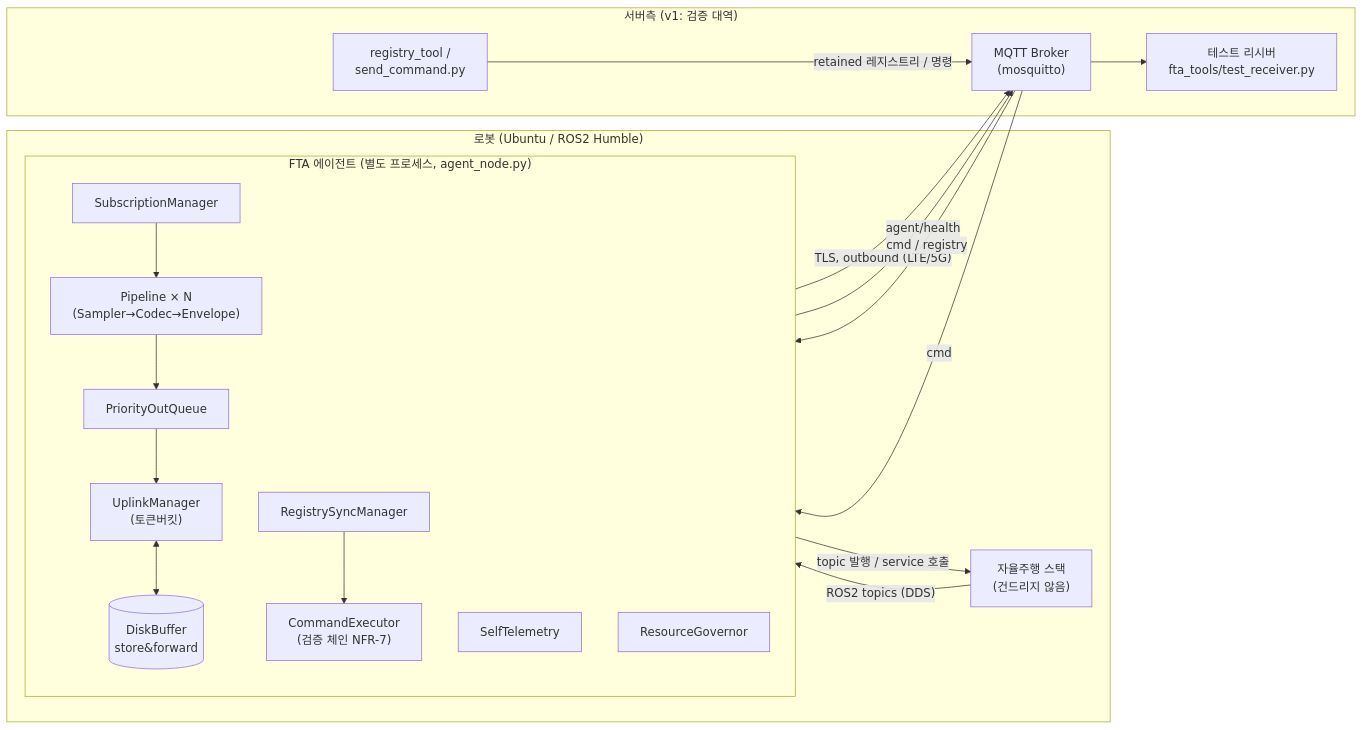
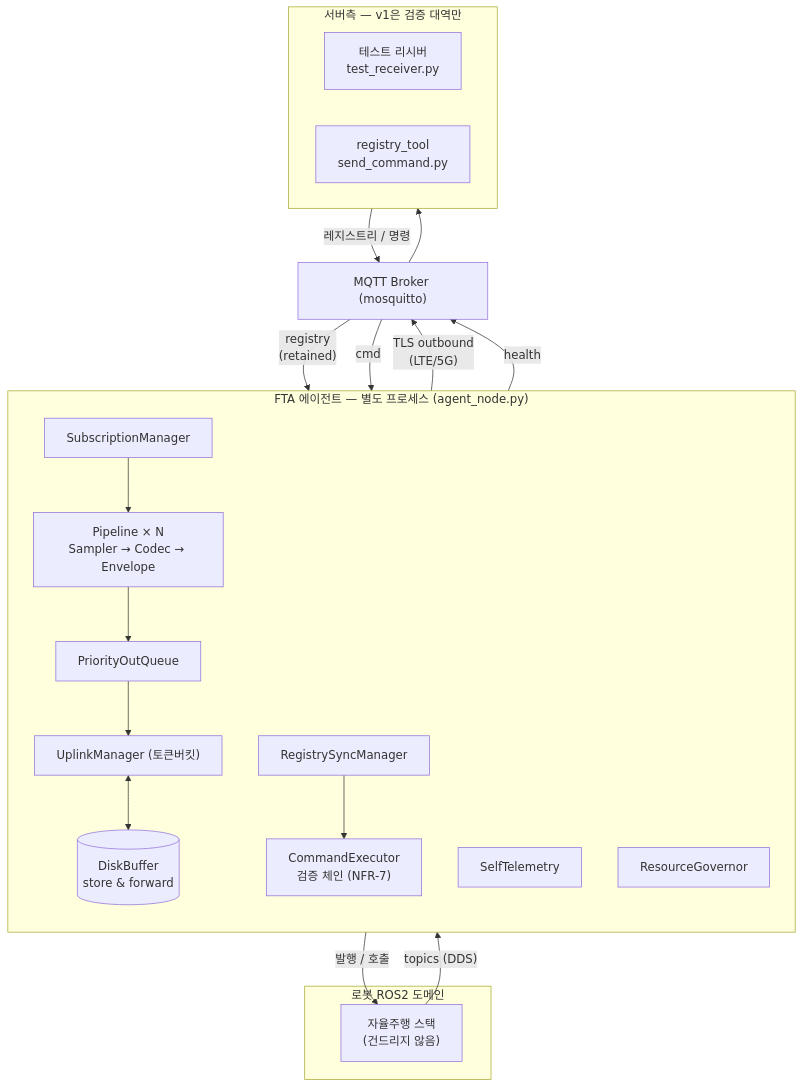
The first of 4 diagrams in docs/07_데이터흐름.md (DCUSnSLab/SCV_Agent), drawn with Mermaid before and after one commit. The commit also changed other lines of this file and 3 other files, not shown here.

````diff
--- a/docs/07_데이터흐름.md
+++ b/docs/07_데이터흐름.md
@@ -9,29 +23,29 @@
 ```mermaid
-flowchart LR
-    subgraph robot["로봇 (Ubuntu / ROS2 Humble)"]
+flowchart TB
+    subgraph ros["로봇 ROS2 도메인"]
         nav["자율주행 스택<br/>(건드리지 않음)"]
-        subgraph fta["FTA 에이전트 (별도 프로세스, agent_node.py)"]
-            direction TB
-            sub["SubscriptionManager"] --> pipe["Pipeline × N<br/>(Sampler→Codec→Envelope)"]
-            pipe --> pq["PriorityOutQueue"]
-            pq --> up["UplinkManager<br/>(토큰버킷)"]
-            up <--> db[("DiskBuffer<br/>store&forward")]
-            reg["RegistrySyncManager"] --> exec["CommandExecutor<br/>(검증 체인 NFR-7)"]
-            tel["SelfTelemetry"]
-            gov["ResourceGovernor"]
-        end
-        nav -- "ROS2 topics (DDS)" --> sub
-        exec -- "topic 발행 / service 호출" --> nav
     end
-    subgraph server["서버측 (v1: 검증 대역)"]
-        broker["MQTT Broker<br/>(mosquitto)"]
-        recv["테스트 리시버<br/>fta_tools/test_receiver.py"]
-        rtool["registry_tool /<br/>send_command.py"]
+    subgraph fta["FTA 에이전트 — 별도 프로세스 (agent_node.py)"]
+        direction TB
+        sub["SubscriptionManager"] --> pipe["Pipeline × N<br/>Sampler → Codec → Envelope"]
+        pipe --> pq["PriorityOutQueue"] --> up["UplinkManager (토큰버킷)"]
+        up <--> db[("DiskBuffer<br/>store &amp; forward")]
+        reg["RegistrySyncManager"] --> exe["CommandExecutor<br/>검증 체인 (NFR-7)"]
+        tel["SelfTelemetry"]
+        gov["ResourceGovernor"]
     end
-    up -- "TLS, outbound (LTE/5G)" --> broker
+    broker["MQTT Broker (mosquitto)"]
+    subgraph server["서버측 — v1은 검증 대역만"]
+        direction LR
+        recv["테스트 리시버<br/>test_receiver.py"]
+        rtool["registry_tool<br/>send_command.py"]
+    end
+    nav -- "topics (DDS)" --> sub
+    exe -- "발행 / 호출" --> nav
+    up -- "TLS outbound<br/>(LTE/5G)" --> broker
+    tel -- "health" --> broker
+    broker -- "registry<br/>(retained)" --> reg
+    broker -- "cmd" --> exe
     broker --> recv
-    rtool -- "retained 레지스트리 / 명령" --> broker
-    broker -- "cmd / registry" --> reg
-    broker -- "cmd" --> exec
-    tel -- "agent/health" --> broker
+    rtool -- "레지스트리 / 명령" --> broker
 ```
````
